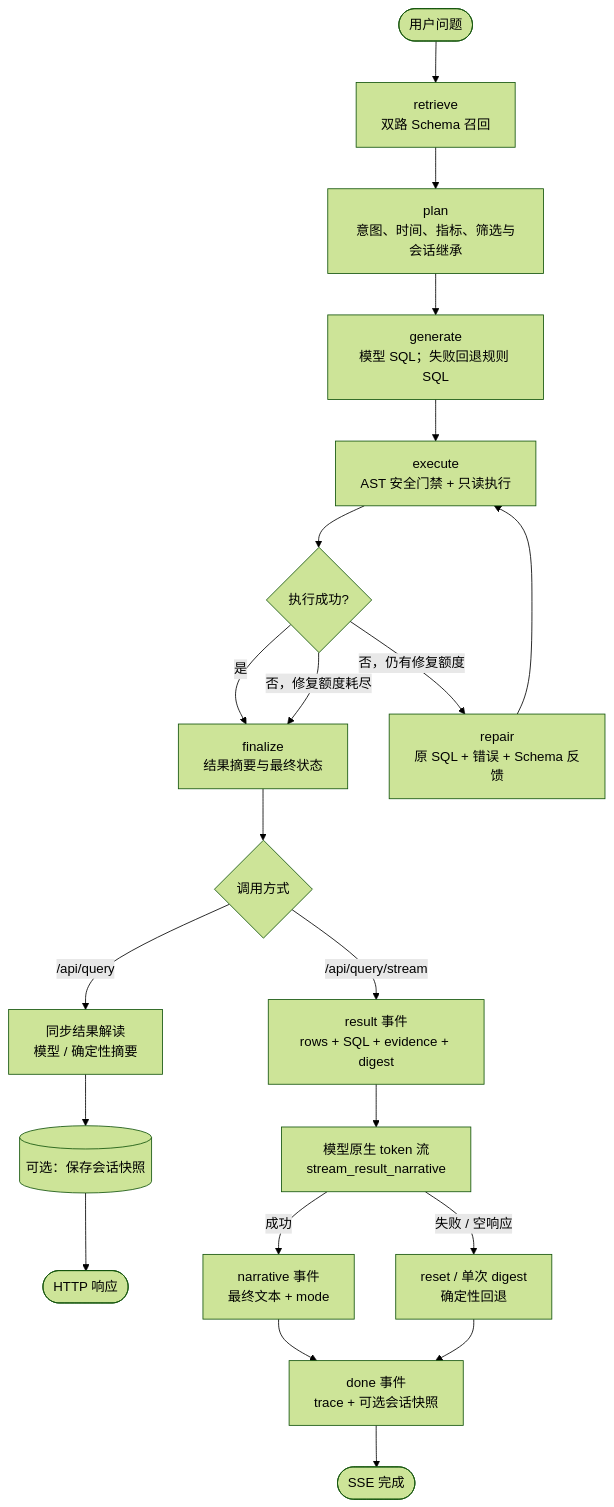
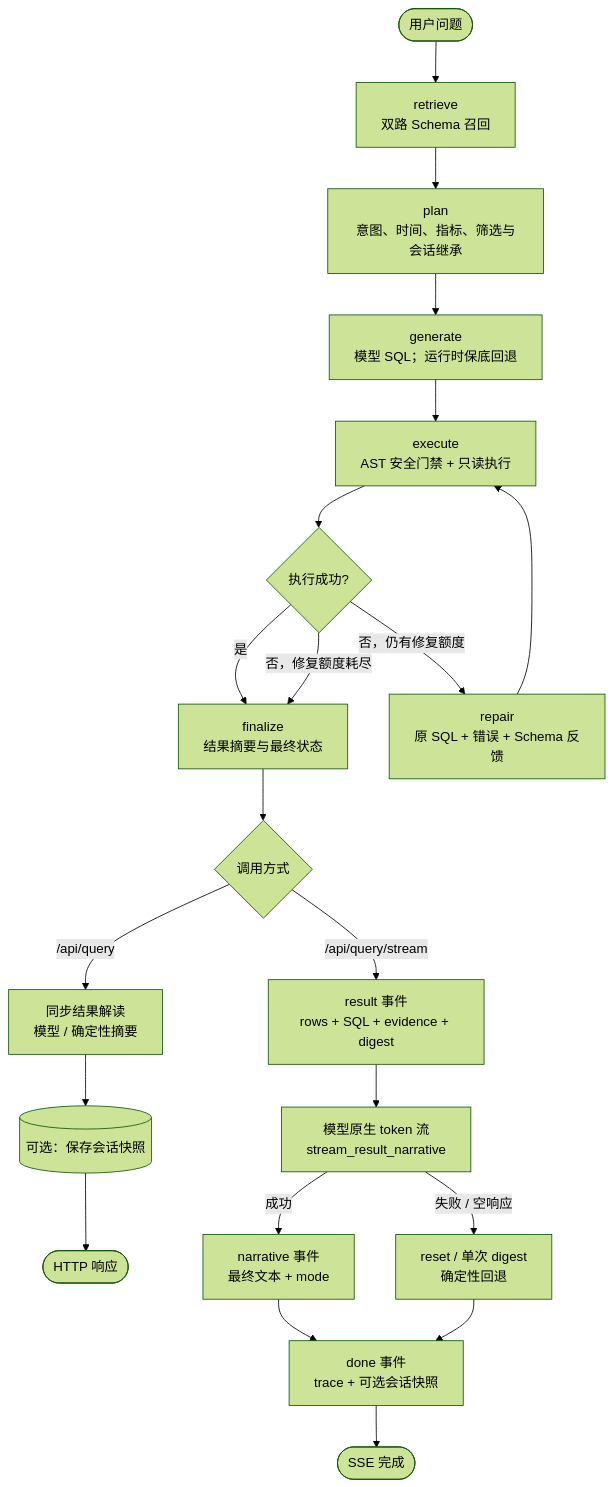
Before and after one commit to sun-sh/atlas-bi-nl2sql: the second of 2 diagrams in README.md, drawn with Mermaid (forest theme). The commit also changed other lines of this file and 10 other files, not shown here.

````diff
--- a/README.md
+++ b/README.md
@@ -52,23 +52,23 @@
 ```mermaid
 flowchart TD
     START(["用户问题"]) --> RETRIEVE["retrieve<br/>双路 Schema 召回"]
     RETRIEVE --> PLAN["plan<br/>意图、时间、指标、筛选与会话继承"]
-    PLAN --> GENERATE["generate<br/>模型 SQL；失败回退规则 SQL"]
+    PLAN --> GENERATE["generate<br/>模型 SQL；运行时保底回退"]
     GENERATE --> EXECUTE["execute<br/>AST 安全门禁 + 只读执行"]
     EXECUTE --> CHECK{"执行成功?"}
     CHECK -->|"是"| FINALIZE["finalize<br/>结果摘要与最终状态"]
     CHECK -->|"否，仍有修复额度"| REPAIR["repair<br/>原 SQL + 错误 + Schema 反馈"]
     REPAIR --> EXECUTE
     CHECK -->|"否，修复额度耗尽"| FINALIZE
     FINALIZE --> MODE{"调用方式"}
     MODE -->|"/api/query"| SYNC["同步结果解读<br/>模型 / 确定性摘要"]
     SYNC --> SYNC_MEMORY[("可选：保存会话快照")]
     SYNC_MEMORY --> RESPONSE(["HTTP 响应"])
     MODE -->|"/api/query/stream"| RESULT["result 事件<br/>rows + SQL + evidence + digest"]
     RESULT --> STREAM["模型原生 token 流<br/>stream_result_narrative"]
     STREAM -->|"成功"| NARRATIVE["narrative 事件<br/>最终文本 + mode"]
     STREAM -->|"失败 / 空响应"| FALLBACK["reset / 单次 digest<br/>确定性回退"]
     NARRATIVE --> DONE["done 事件<br/>trace + 可选会话快照"]
     FALLBACK --> DONE
     DONE --> SSE_END(["SSE 完成"])
 ```
````
